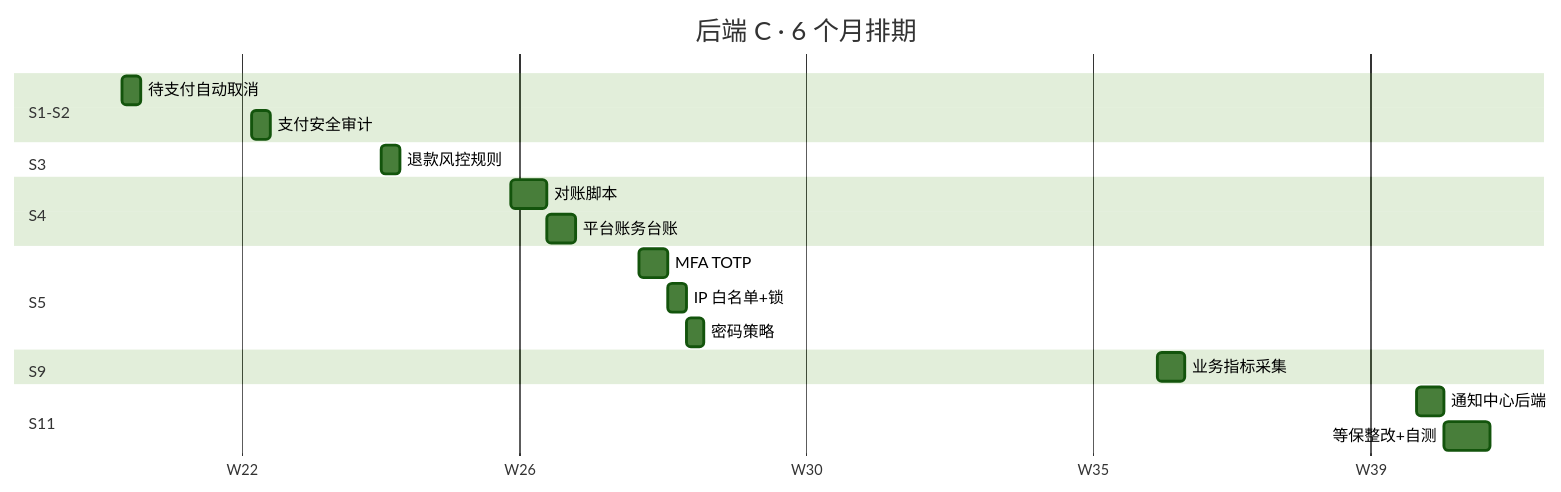
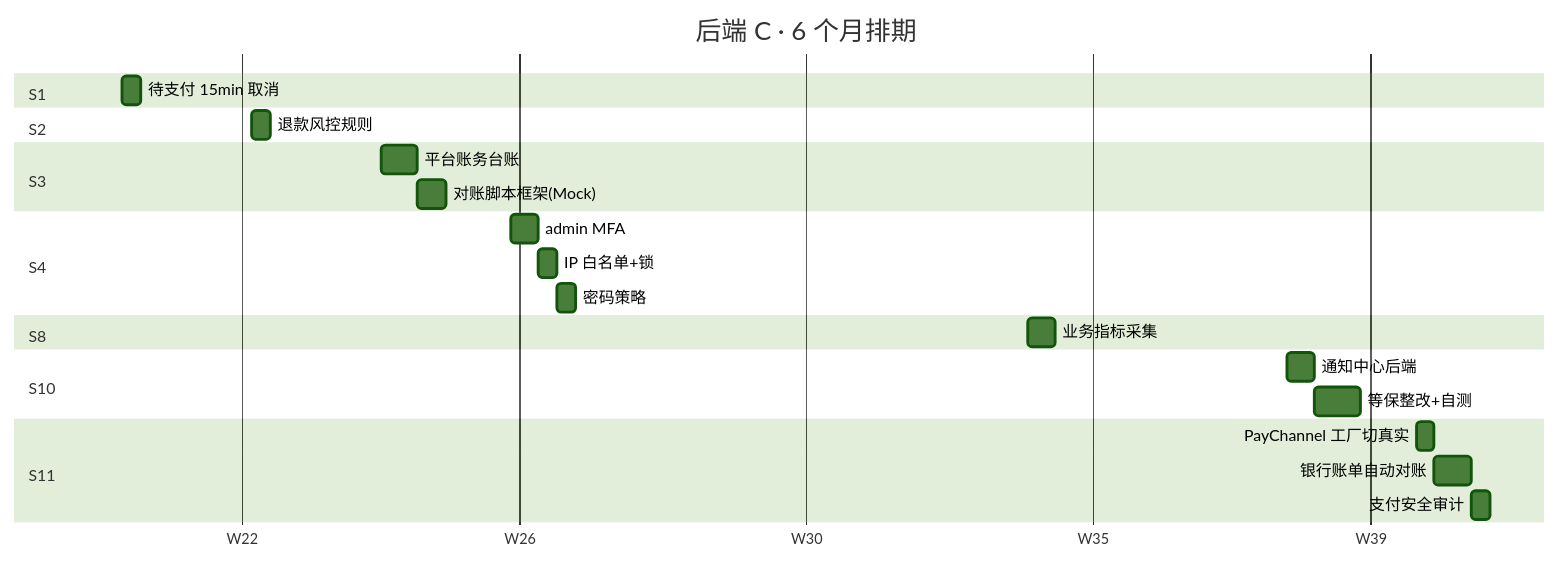
The third of 7 diagrams in planning/q1q2_tracking.md (carter4cn/yw-mall-docs), drawn with Mermaid (forest theme) before and after one commit. The commit also changed other lines of this file and 1 other file, not shown here.

First line of the commit message:
refactor(planning): 真实支付通道延后到 S11-S12，前期用 Mock

````diff
--- a/planning/q1q2_tracking.md
+++ b/planning/q1q2_tracking.md
@@ -276,23 +295,26 @@
 ```mermaid
 gantt
     title 后端 C · 6 个月排期
     dateFormat YYYY-MM-DD
     axisFormat W%U
-    section S1-S2
-    待支付自动取消        :c11, 2026-05-19, 2d
-    支付安全审计          :c21, 2026-06-02, 2d
+    section S1
+    待支付 15min 取消     :c11, 2026-05-19, 2d
+    section S2
+    退款风控规则          :c21, 2026-06-02, 2d
     section S3
-    退款风控规则          :c31, 2026-06-16, 2d
+    平台账务台账          :c31, 2026-06-16, 4d
+    对账脚本框架(Mock)    :c32, after c31, 3d
     section S4
-    对账脚本              :c41, 2026-06-30, 4d
-    平台账务台账          :c42, after c41, 3d
-    section S5
-    MFA TOTP              :c51, 2026-07-14, 3d
-    IP 白名单+锁          :c52, after c51, 2d
-    密码策略              :c53, after c52, 2d
-    section S9
-    业务指标采集          :c91, 2026-09-08, 3d
+    admin MFA             :c41, 2026-06-30, 3d
+    IP 白名单+锁          :c42, after c41, 2d
+    密码策略              :c43, after c42, 2d
+    section S8
+    业务指标采集          :c81, 2026-08-25, 3d
+    section S10
+    通知中心后端          :c101, 2026-09-22, 3d
+    等保整改+自测         :c102, after c101, 5d
     section S11
-    通知中心后端          :c111, 2026-10-06, 3d
-    等保整改+自测         :c112, after c111, 5d
+    PayChannel 工厂切真实 :c111, 2026-10-06, 2d
+    银行账单自动对账      :c112, after c111, 4d
+    支付安全审计          :c113, after c112, 2d
 ```
````
